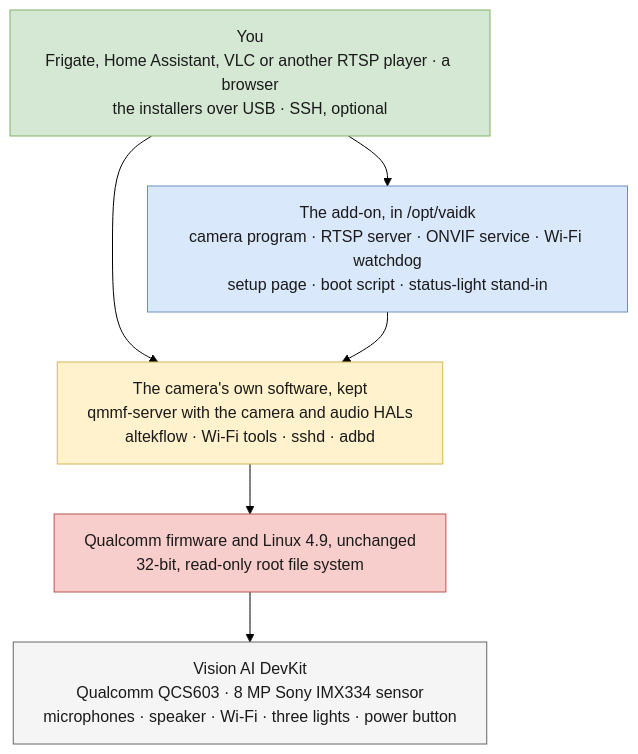
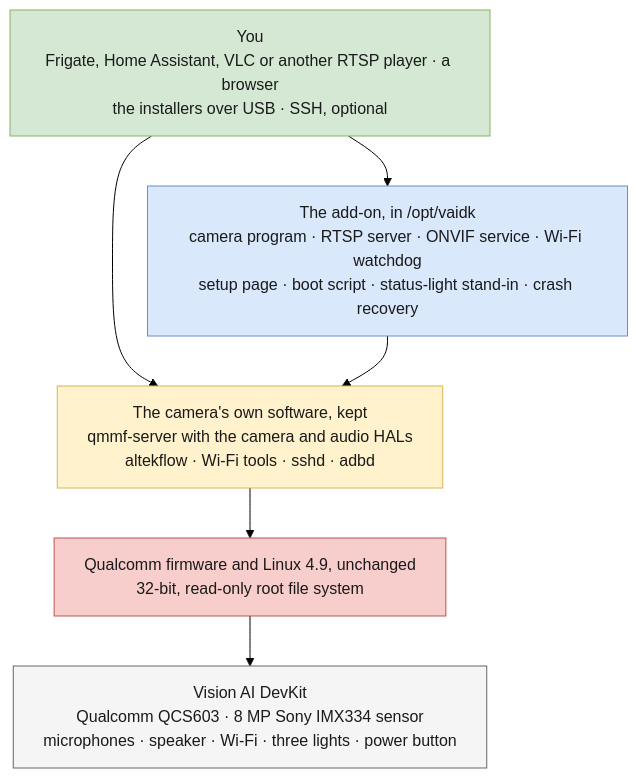
Before and after one commit to howardginsburg/VisionAIDevKitRTSP: the first of 9 diagrams in ARCHITECTURE.md, drawn with Mermaid (forest theme). The commit also changed other lines of this file and 9 other files, not shown here.

First line of the commit message:
Restart the camera by itself after a kernel crash

````diff
--- a/ARCHITECTURE.md
+++ b/ARCHITECTURE.md
@@ -25,24 +25,24 @@
 ```mermaid
 %%{init: {"flowchart": {"wrappingWidth": 420}}}%%
 flowchart TB
     you["You<br/>Frigate, Home Assistant, VLC or another RTSP player · a browser<br/>the installers over USB · SSH, optional"]
-    addon["The add-on, in /opt/vaidk<br/>camera program · RTSP server · ONVIF service · Wi-Fi watchdog<br/>setup page · boot script · status-light stand-in"]
+    addon["The add-on, in /opt/vaidk<br/>camera program · RTSP server · ONVIF service · Wi-Fi watchdog<br/>setup page · boot script · status-light stand-in · crash recovery"]
     vendor["The camera's own software, kept<br/>qmmf-server with the camera and audio HALs<br/>altekflow · Wi-Fi tools · sshd · adbd"]
     fw["Qualcomm firmware and Linux 4.9, unchanged<br/>32-bit, read-only root file system"]
     hw["Vision AI DevKit<br/>Qualcomm QCS603 · 8 MP Sony IMX334 sensor<br/>microphones · speaker · Wi-Fi · three lights · power button"]
     you --> addon
     you --> vendor
     addon --> vendor
     vendor --> fw
     fw --> hw
     classDef use fill:#d5e8d4,stroke:#82b366,color:#1a1a1a
     classDef mod fill:#dae8fc,stroke:#6c8ebf,color:#1a1a1a
     classDef os fill:#fff2cc,stroke:#d6b656,color:#1a1a1a
     classDef locked fill:#f8cecc,stroke:#b85450,color:#1a1a1a
     classDef hard fill:#f5f5f5,stroke:#666666,color:#1a1a1a
     class you use
     class addon mod
     class vendor os
     class fw locked
     class hw hard
 ```
````
